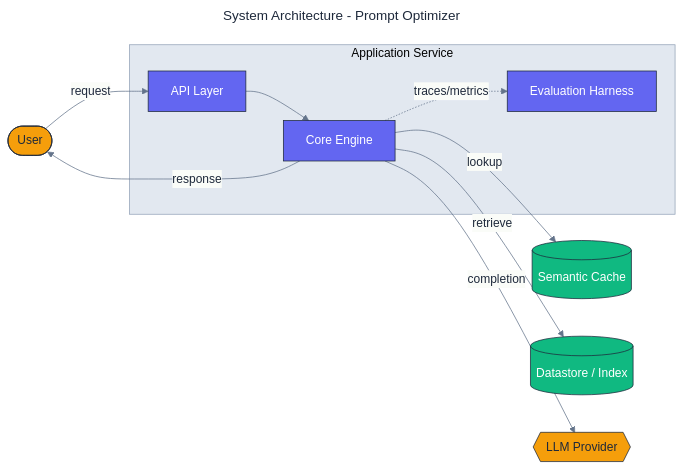
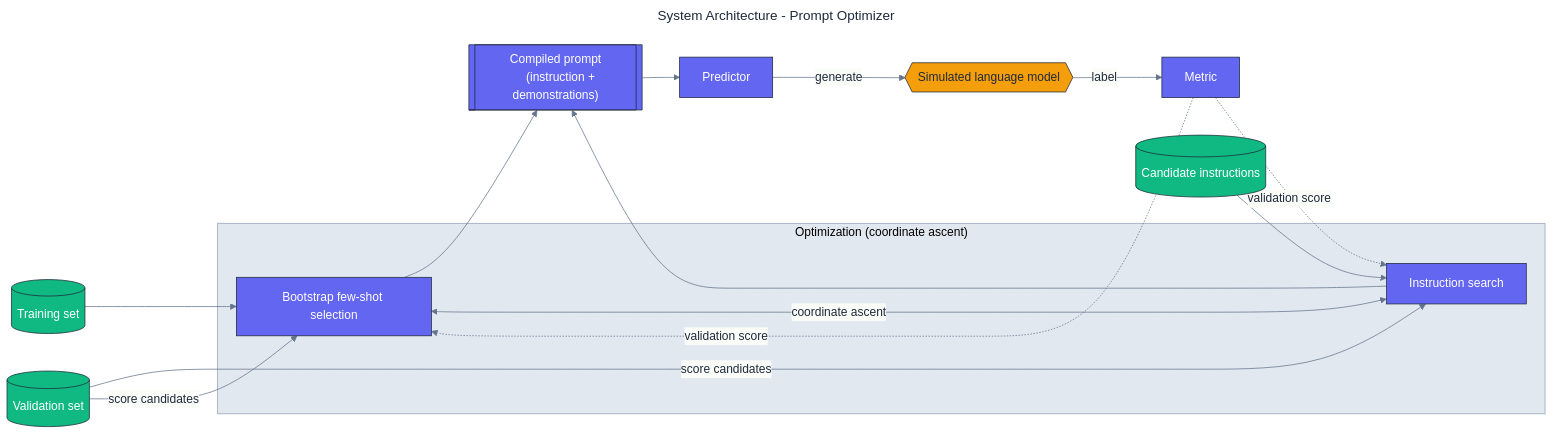
Before and after one commit to adeoluo/prompt-optimizer: the diagram in docs/architecture/architecture.mmd, drawn with Mermaid. The commit also changed 9 other files, not shown here.

First line of the commit message:
docs: write README, architecture diagram, and responsible-AI cards

```diff
--- a/docs/architecture/architecture.mmd
+++ b/docs/architecture/architecture.mmd
@@ -1,38 +1,45 @@
 ---
 title: System Architecture - Prompt Optimizer
 config:
   theme: base
   themeVariables:
     fontFamily: "Inter, system-ui, sans-serif"
     primaryColor: "#F8FAFC"
     primaryBorderColor: "#1E293B"
     primaryTextColor: "#1E293B"
     lineColor: "#64748B"
     clusterBkg: "#E2E8F0"
     clusterBorder: "#94A3B8"
 ---
 flowchart LR
     classDef core     fill:#6366F1,stroke:#1E293B,color:#ffffff,stroke-width:1px;
     classDef data     fill:#10B981,stroke:#1E293B,color:#ffffff,stroke-width:1px;
     classDef external fill:#F59E0B,stroke:#1E293B,color:#1E293B,stroke-width:1px;
-    classDef danger   fill:#EF4444,stroke:#1E293B,color:#ffffff,stroke-width:1px;
 
-    User([User]):::external
+    Train[(Training set)]:::data
+    Dev[(Validation set)]:::data
+    Candidates[(Candidate instructions)]:::data
 
-    subgraph Application["Application Service"]
-        API[API Layer]:::core
-        Core[Core Engine]:::core
-        Evaluation[Evaluation Harness]:::core
+    subgraph Compile["Optimization (coordinate ascent)"]
+        Instruction[Instruction search]:::core
+        FewShot[Bootstrap few-shot selection]:::core
     end
 
-    Cache[(Semantic Cache)]:::data
-    Store[(Datastore / Index)]:::data
-    LLM{{LLM Provider}}:::external
+    Prompt[["Compiled prompt
+    (instruction + demonstrations)"]]:::core
+    Predictor[Predictor]:::core
+    Model{{Simulated language model}}:::external
+    Metric[Metric]:::core
 
-    User -->|request| API
-    API --> Core
-    Core -->|lookup| Cache
-    Core -->|retrieve| Store
-    Core -->|completion| LLM
-    Core -.->|traces/metrics| Evaluation
-    Core -->|response| User
+    Candidates --> Instruction
+    Train --> FewShot
+    Instruction <-->|coordinate ascent| FewShot
+    Dev -->|score candidates| Instruction
+    Dev -->|score candidates| FewShot
+    Instruction --> Prompt
+    FewShot --> Prompt
+    Prompt --> Predictor
+    Predictor -->|generate| Model
+    Model -->|label| Metric
+    Metric -.->|validation score| Instruction
+    Metric -.->|validation score| FewShot
```
